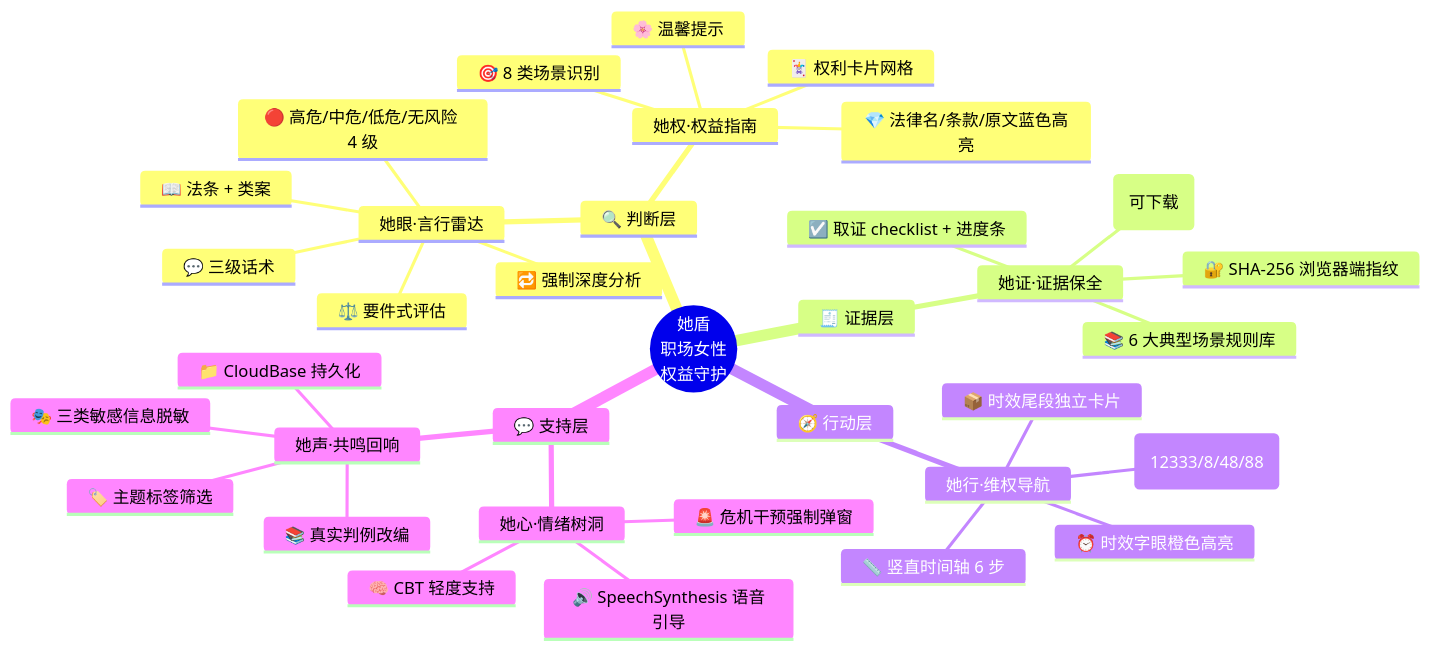
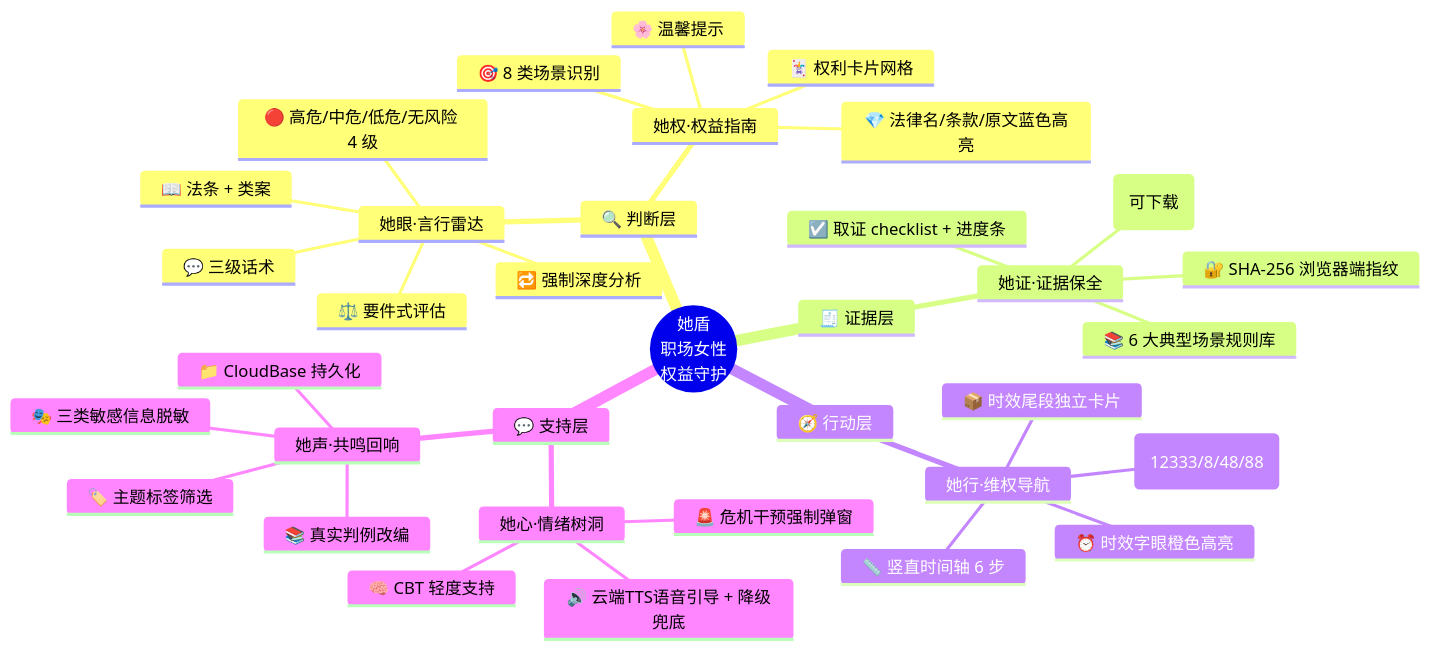
One commit to Huangjwwen/her_shield changed the first of 2 diagrams in docs/submission/项目说明书.md. Above: the diagram before and after it, drawn with Mermaid. The commit also changed other lines of this file and 59 other files, not shown here.

````diff
--- a/docs/submission/项目说明书.md
+++ b/docs/submission/项目说明书.md
@@ -17,38 +11,38 @@
 ```mermaid
 mindmap
   root((她盾<br/>职场女性<br/>权益守护))
     🔍 判断层
       她眼·言行雷达
         🔴 高危/中危/低危/无风险 4 级
         ⚖️ 要件式评估
         📖 法条 + 类案
         💬 三级话术
         🔁 强制深度分析
       她权·权益指南
         🎯 8 类场景识别
         🃏 权利卡片网格
         💎 法律名/条款/原文蓝色高亮
         🌸 温馨提示
     🧾 证据层
       她证·证据保全
         🔐 SHA-256 浏览器端指纹
         📄 存证凭证(可下载)
         ☑️ 取证 checklist + 进度条
         📚 6 大典型场景规则库
     🧭 行动层
       她行·维权导航
         📏 竖直时间轴 6 步
         📞 热线胶囊(12333/8/48/88)
         ⏰ 时效字眼橙色高亮
         📦 时效尾段独立卡片
     💬 支持层
       她心·情绪树洞
         🚨 危机干预强制弹窗
         🧠 CBT 轻度支持
-        🔊 SpeechSynthesis 语音引导
+        🔊 云端TTS语音引导 + 降级兜底
       她声·共鸣回响
         🎭 三类敏感信息脱敏
         🏷️ 主题标签筛选
         📁 CloudBase 持久化
         📚 真实判例改编
 ```
````
